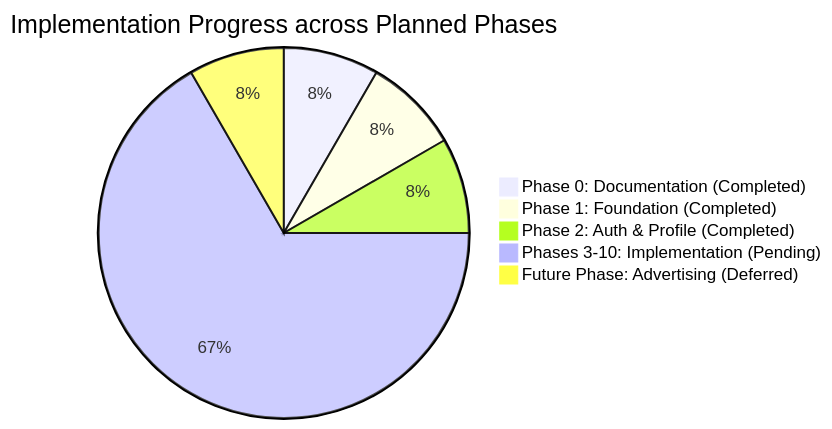
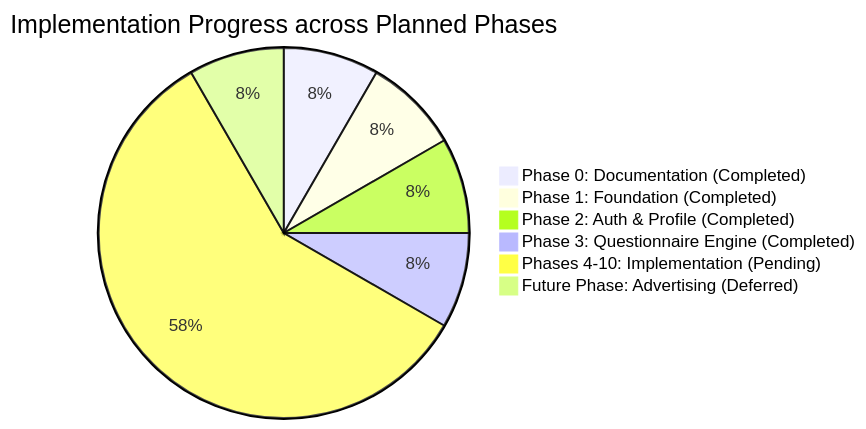
The diagram in docs/AI_PROGRESS.md (SatyamKumar-code/VitaTrack-App), drawn with Mermaid before and after one commit. The commit also changed other lines of this file and 23 other files, not shown here.

Commit message:
feat: implement clinical self-assessment questionnaire engine and wizard UI

````diff
--- a/docs/AI_PROGRESS.md
+++ b/docs/AI_PROGRESS.md
@@ -24,8 +24,9 @@
 ```mermaid
 pie title Implementation Progress across Planned Phases
     "Phase 0: Documentation (Completed)" : 1
     "Phase 1: Foundation (Completed)" : 1
     "Phase 2: Auth & Profile (Completed)" : 1
-    "Phases 3-10: Implementation (Pending)" : 8
+    "Phase 3: Questionnaire Engine (Completed)" : 1
+    "Phases 4-10: Implementation (Pending)" : 7
     "Future Phase: Advertising (Deferred)" : 1
 ```
````
